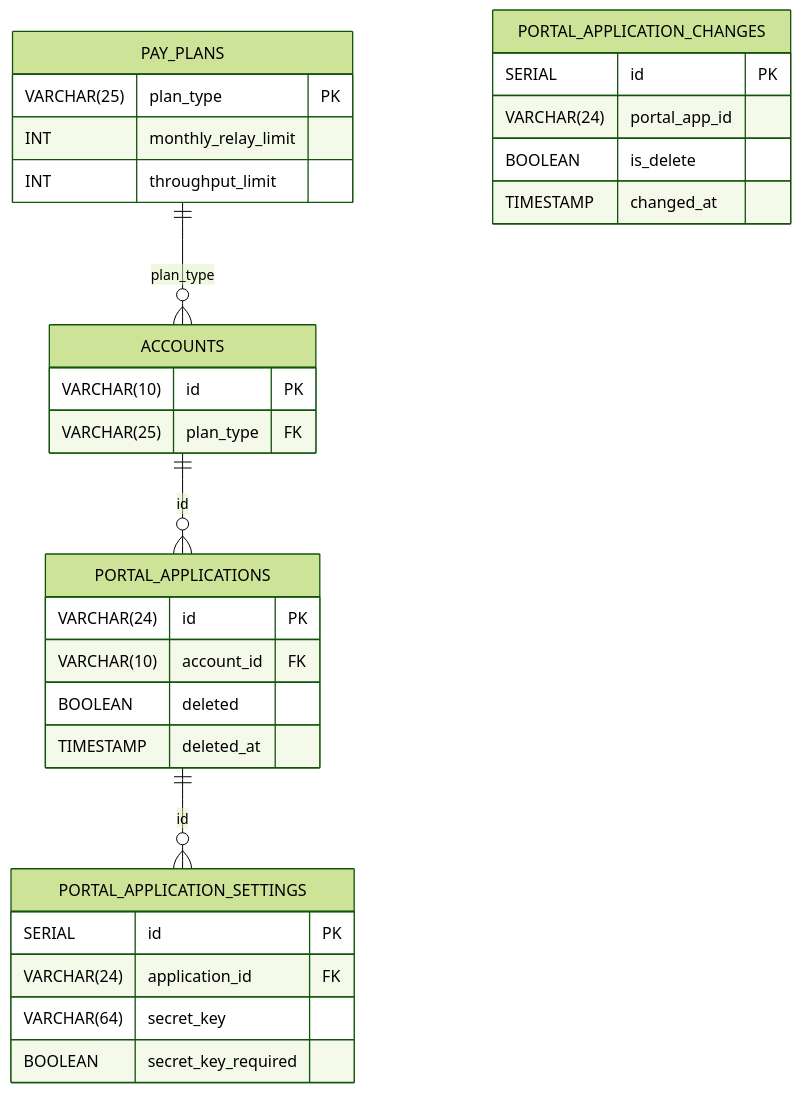
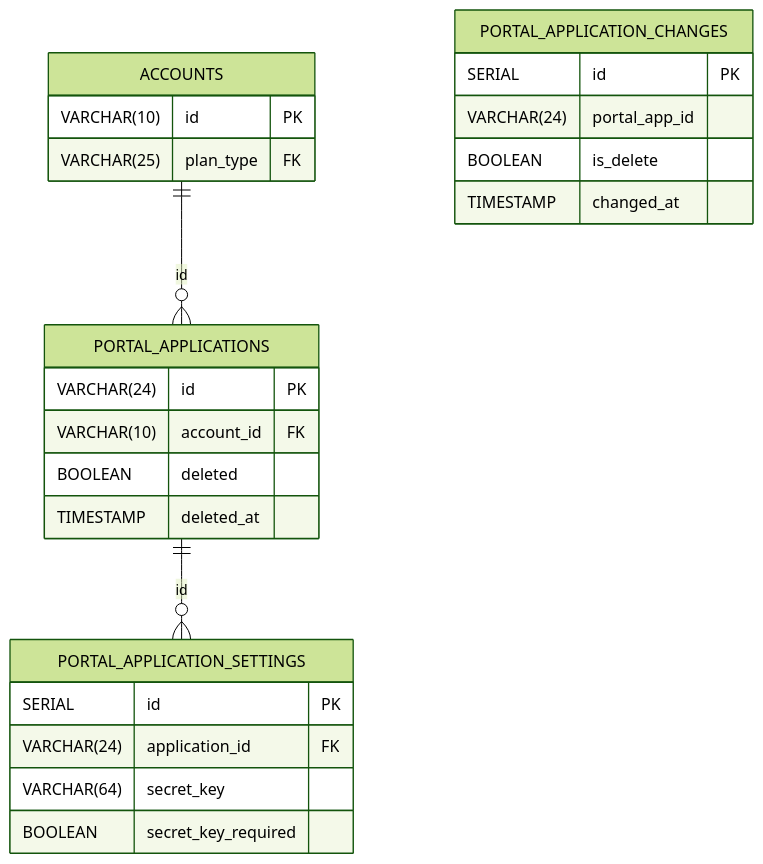
The diagram in postgres/grove/README.md (buildwithgrove/path-auth-data-server), drawn with Mermaid (forest theme) before and after one commit. The commit also changed 17 other files, not shown here.

Commit message:
fix: implement updates from PEAS schema to use only plan for rate limit determination

````diff
--- a/postgres/grove/README.md
+++ b/postgres/grove/README.md
@@ -37,38 +37,31 @@
 ```mermaid
 erDiagram
-    PAY_PLANS {
-        VARCHAR(25) plan_type PK
-        INT monthly_relay_limit
-        INT throughput_limit
-    }
-
     ACCOUNTS {
         VARCHAR(10) id PK
         VARCHAR(25) plan_type FK
     }
 
     PORTAL_APPLICATIONS {
         VARCHAR(24) id PK
         VARCHAR(10) account_id FK
         BOOLEAN deleted
         TIMESTAMP deleted_at
     }
 
     PORTAL_APPLICATION_SETTINGS {
         SERIAL id PK
         VARCHAR(24) application_id FK
         VARCHAR(64) secret_key
         BOOLEAN secret_key_required
     }
 
     PORTAL_APPLICATION_CHANGES {
         SERIAL id PK
         VARCHAR(24) portal_app_id
         BOOLEAN is_delete
         TIMESTAMP changed_at
     }
 
-    PAY_PLANS ||--o{ ACCOUNTS : "plan_type"
     ACCOUNTS ||--o{ PORTAL_APPLICATIONS : "id"
     PORTAL_APPLICATIONS ||--o{ PORTAL_APPLICATION_SETTINGS : "id"
 ```
````
